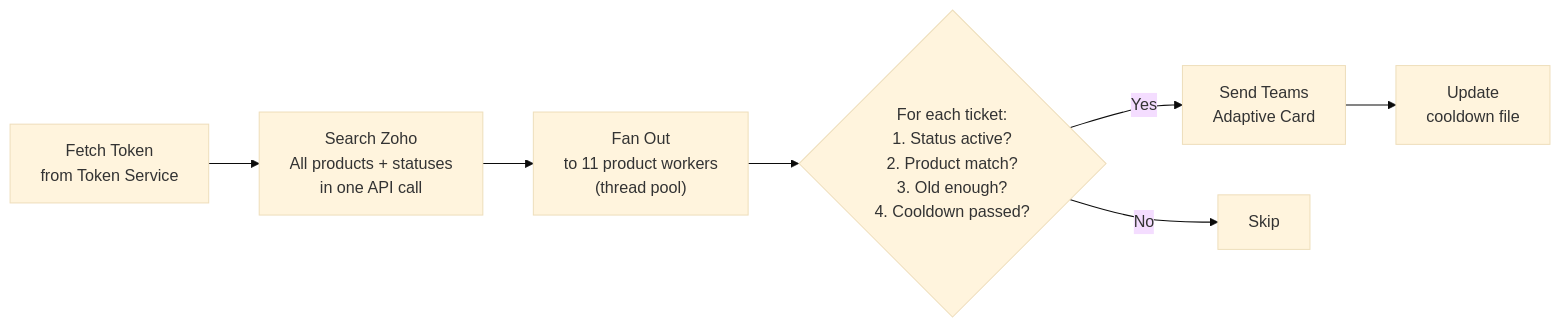
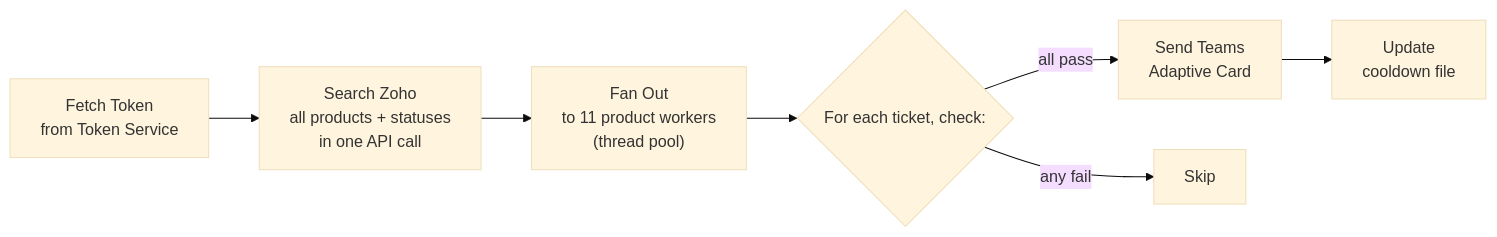
Before and after one commit to AnsImran/ms-teams-zoho-desk-notifications-service: the second of 4 diagrams in README.md, drawn with Mermaid (base theme). The commit also changed other lines of this file and 2 other files, not shown here.

First line of the commit message:
fix architecture diagram: remove refresh_token flow, move numbered checks to markdown

````diff
--- a/README.md
+++ b/README.md
@@ -40,9 +38,9 @@
 ```mermaid
 flowchart LR
-    A["Fetch Token<br>from Token Service"] --> B["Search Zoho<br>All products + statuses<br>in one API call"]
+    A["Fetch Token<br>from Token Service"] --> B["Search Zoho<br>all products + statuses<br>in one API call"]
     B --> C["Fan Out<br>to 11 product workers<br>(thread pool)"]
-    C --> D{"For each ticket:<br>1. Status active?<br>2. Product match?<br>3. Old enough?<br>4. Cooldown passed?"}
-    D -- "Yes" --> E["Send Teams<br>Adaptive Card"]
-    D -- "No" --> F["Skip"]
+    C --> D{"For each ticket, check:"}
+    D -- "all pass" --> E["Send Teams<br>Adaptive Card"]
+    D -- "any fail" --> F["Skip"]
     E --> G["Update<br>cooldown file"]
 ```
````
